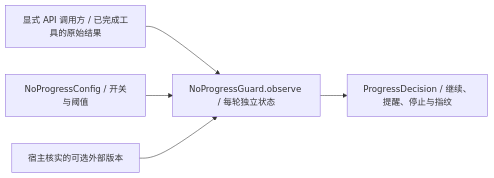
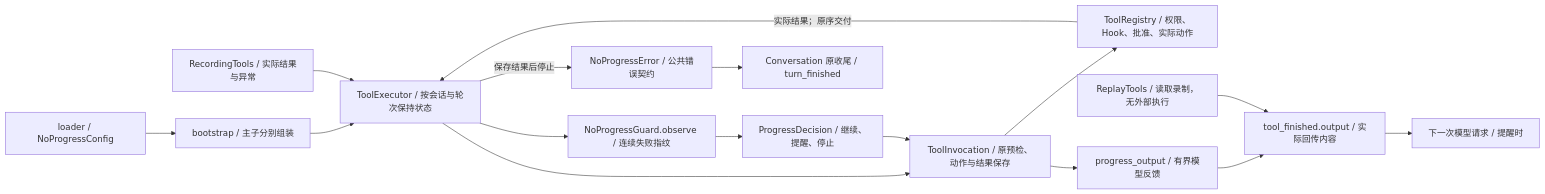
The first of 27 diagrams in docs/architecture.md (Plvltra/AdamAgent), drawn with Mermaid before and after one commit. The commit also changed other lines of this file and 18 other files, not shown here.

```diff
--- a/docs/architecture.md
+++ b/docs/architecture.md
@@ -13,7 +13,18 @@
 ~~~mermaid
 flowchart LR
-    PROG_HOST["显式 API 调用方 / 已完成工具的原始结果"] --> PROG_GUARD["NoProgressGuard.observe / 每轮独立状态"]
-    PROG_CONFIG["NoProgressConfig / 开关与阈值"] --> PROG_GUARD
-    PROG_VERSION["宿主核实的可选外部版本"] --> PROG_GUARD
-    PROG_GUARD --> PROG_DECISION["ProgressDecision / 继续、提醒、停止与指纹"]
+    PROG_CONFIG["loader / NoProgressConfig"] --> PROG_BOOT["bootstrap / 主子分别组装"]
+    PROG_BOOT --> PROG_EXEC["ToolExecutor / 按会话与轮次保持状态"]
+    PROG_EXEC --> PROG_INVOKE["ToolInvocation / 原预检、动作与结果保存"]
+    PROG_INVOKE --> PROG_REG["ToolRegistry / 权限、Hook、批准、实际动作"]
+    PROG_REG -->|"实际结果；原序交付"| PROG_EXEC
+    PROG_EXEC --> PROG_GUARD["NoProgressGuard.observe / 连续失败指纹"]
+    PROG_GUARD --> PROG_DECISION["ProgressDecision / 继续、提醒、停止"]
+    PROG_DECISION --> PROG_INVOKE
+    PROG_INVOKE --> PROG_ENCODING["progress_output / 有界模型反馈"]
+    PROG_ENCODING --> PROG_LOG["tool_finished.output / 实际回传内容"]
+    PROG_EXEC -->|"保存结果后停止"| PROG_ERROR["NoProgressError / 公共错误契约"]
+    PROG_ERROR --> PROG_TURN["Conversation 原收尾 / turn_finished"]
+    PROG_LOG --> PROG_MODEL["下一次模型请求 / 提醒时"]
+    PROG_CAPTURE["RecordingTools / 实际结果与异常"] --> PROG_EXEC
+    PROG_REPLAY["ReplayTools / 读取录制，无外部执行"] --> PROG_LOG
 ~~~
```
